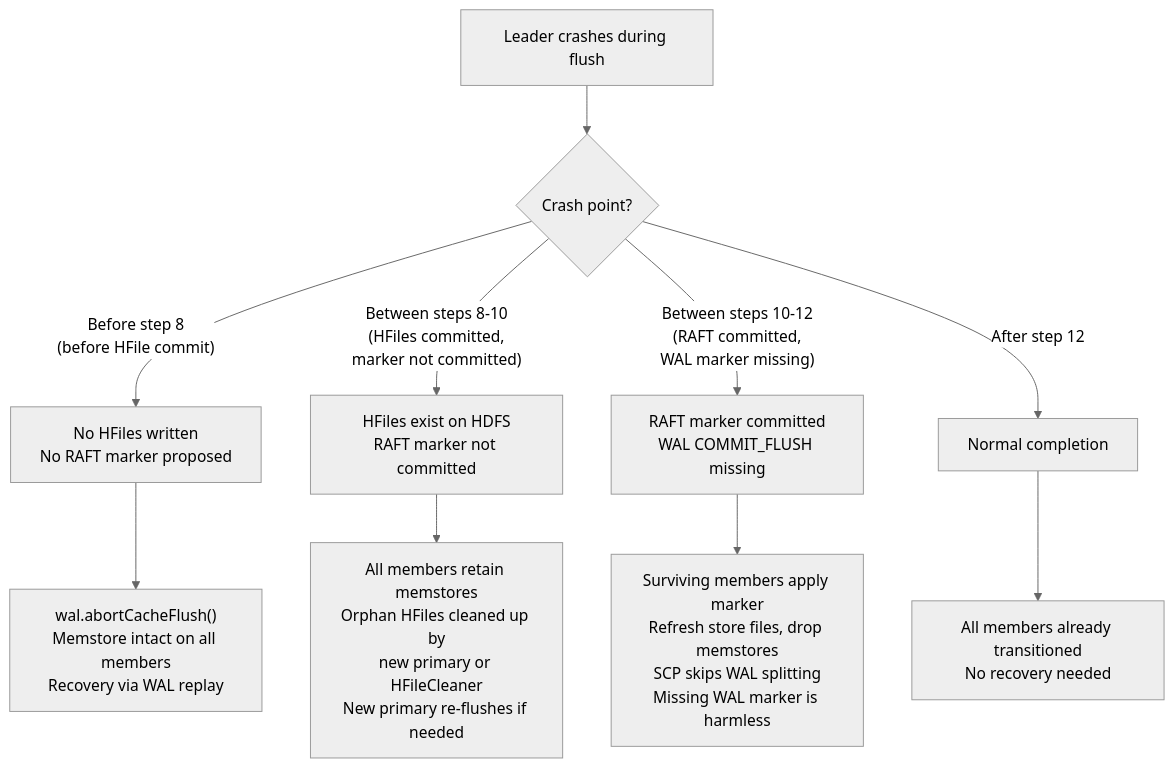
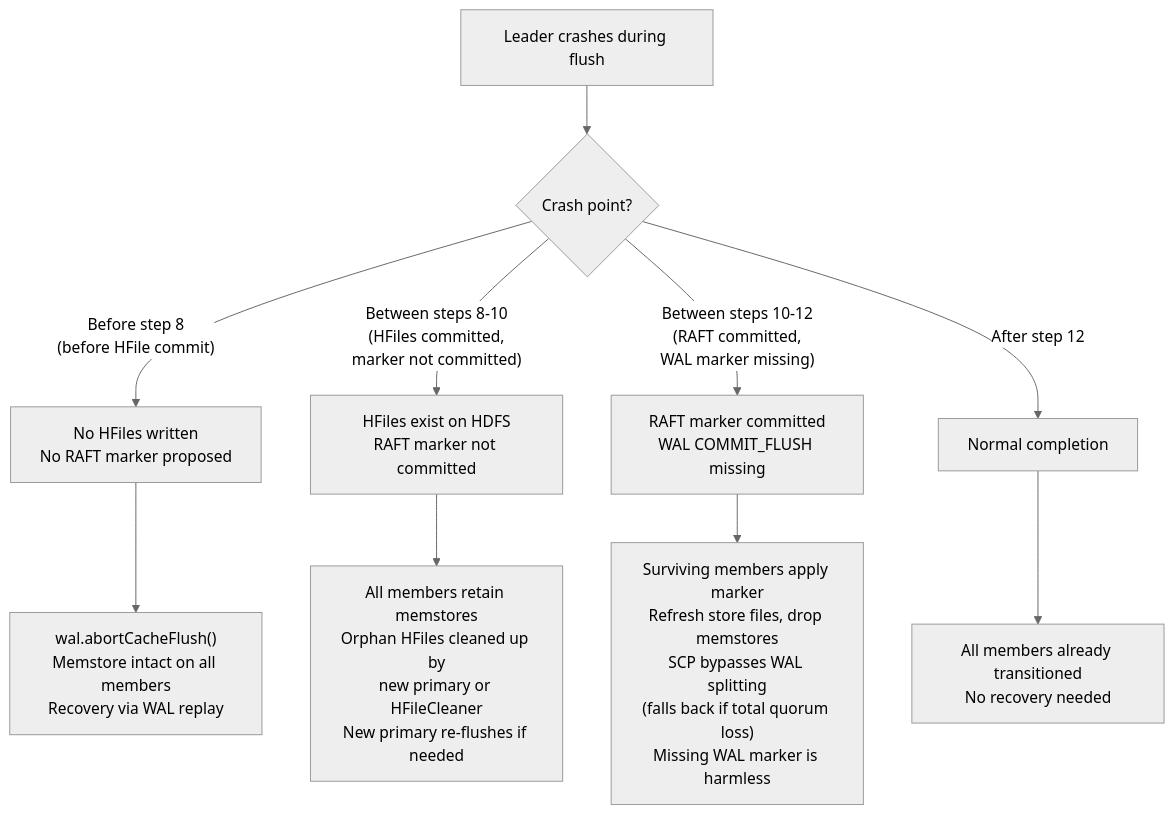
Diagram 11 of 17 in RAFT_REGION_REPLICAS.md (apurtell/hbase), drawn with Mermaid (neutral theme) before and after one commit. The commit also changed other lines of this file and 17 other files, not shown here.

````diff
--- a/RAFT_REGION_REPLICAS.md
+++ b/RAFT_REGION_REPLICAS.md
@@ -872,16 +891,16 @@
 ```mermaid
 flowchart TD
     Crash["Leader crashes during flush"] --> When{"Crash point?"}
 
     When -->|"Before step 8<br/>(before HFile commit)"| NoHFiles["No HFiles written<br/>No RAFT marker proposed"]
     NoHFiles --> NF_R["wal.abortCacheFlush()<br/>Memstore intact on all members<br/>Recovery via WAL replay"]
 
     When -->|"Between steps 8-10<br/>(HFiles committed,<br/>marker not committed)"| HFilesOnly["HFiles exist on HDFS<br/>RAFT marker not committed"]
     HFilesOnly --> HF_R["All members retain memstores<br/>Orphan HFiles cleaned up by<br/>new primary or HFileCleaner<br/>New primary re-flushes if needed"]
 
     When -->|"Between steps 10-12<br/>(RAFT committed,<br/>WAL marker missing)"| RaftDone["RAFT marker committed<br/>WAL COMMIT_FLUSH missing"]
-    RaftDone --> RC_R["Surviving members apply marker<br/>Refresh store files, drop memstores<br/>SCP skips WAL splitting<br/>Missing WAL marker is harmless"]
+    RaftDone --> RC_R["Surviving members apply marker<br/>Refresh store files, drop memstores<br/>SCP bypasses WAL splitting<br/>(falls back if total quorum loss)<br/>Missing WAL marker is harmless"]
 
     When -->|"After step 12"| AllDone["Normal completion"]
     AllDone --> C_R["All members already transitioned<br/>No recovery needed"]
 ```
````
